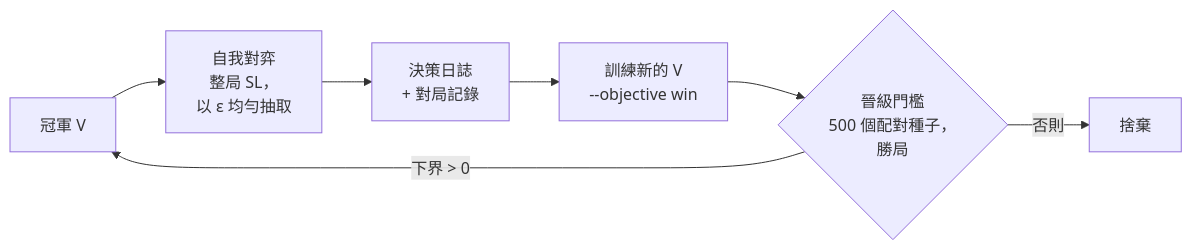
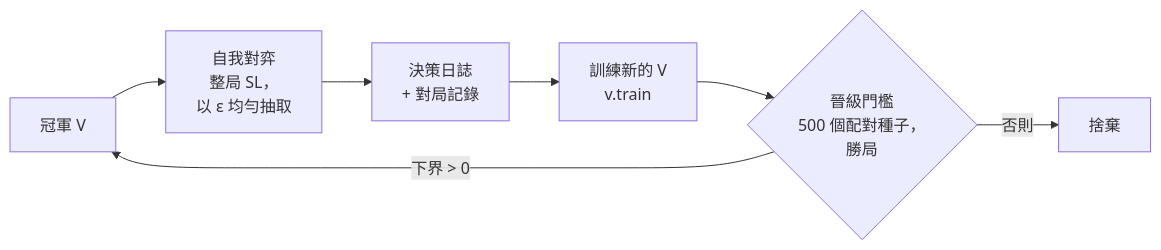
One commit to shinnku-nikaidou/spire-zero changed the diagram in docs/src/content/docs/zh-tw/arch/macro-brain/selfplay.mdx. Above: the diagram before and after it, drawn with Mermaid. The commit also changed other lines of this file and 168 other files, not shown here.

````diff
--- a/docs/src/content/docs/zh-tw/arch/macro-brain/selfplay.mdx
+++ b/docs/src/content/docs/zh-tw/arch/macro-brain/selfplay.mdx
@@ -13,9 +13,9 @@
 ```mermaid
 flowchart LR
   C["冠軍 V"] --> P["自我對弈<br/>整局 SL，<br/>以 ε 均勻抽取"]
   P --> D["決策日誌<br/>+ 對局記錄"]
-  D --> T["訓練新的 V<br/>--objective win"]
+  D --> T["訓練新的 V<br/>v.train"]
   T --> G{"晉級門檻<br/>500 個配對種子，<br/>勝局"}
   G -->|"下界 > 0"| C
   G -->|"否則"| X["捨棄"]
 ```
````
